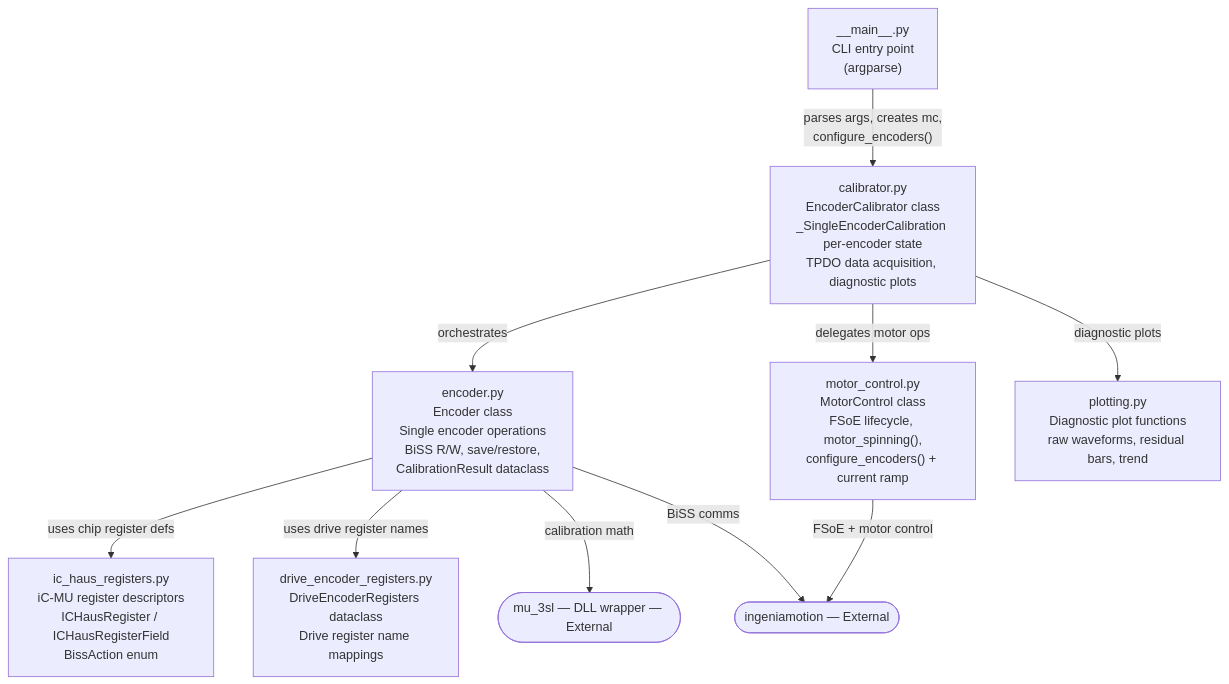
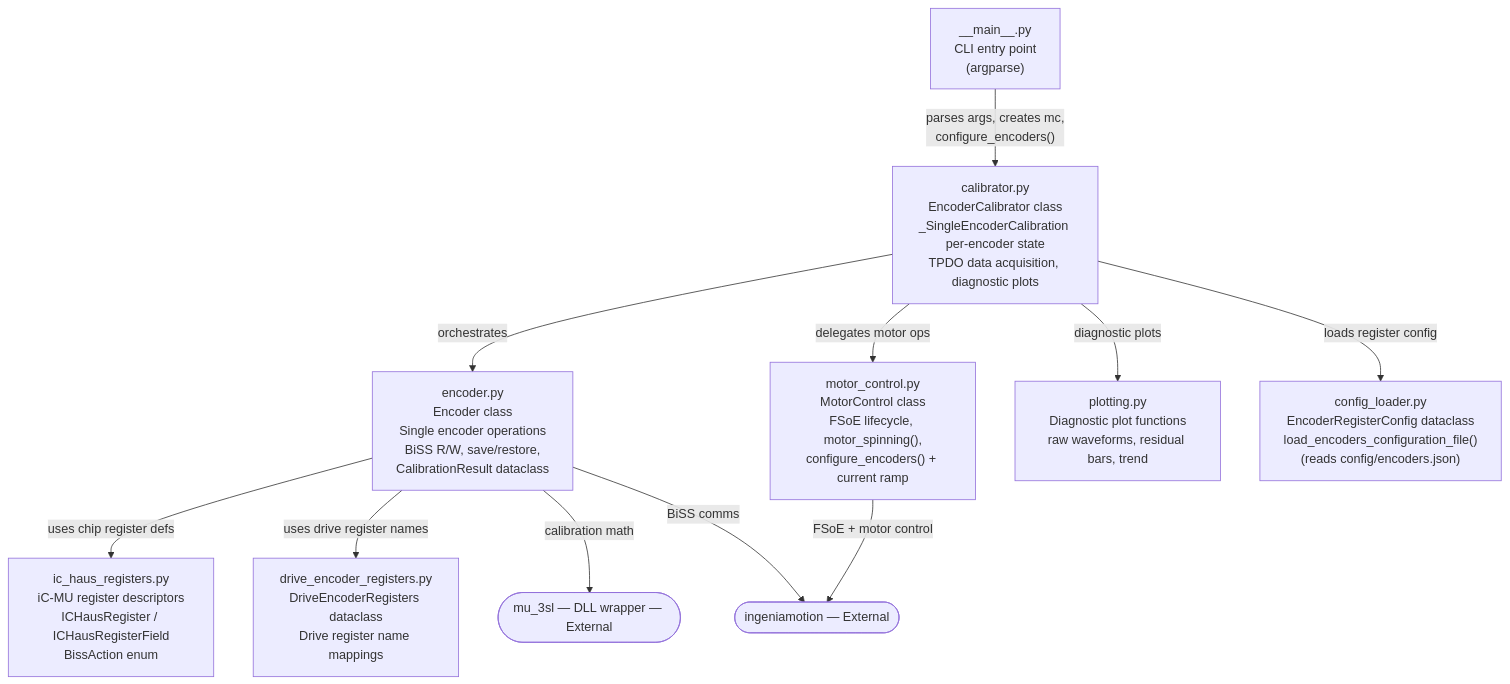
Before and after one commit to ingeniamc/iC-Haus-magnetic-encoder-calibration: the first of 3 diagrams in architecture.md, drawn with Mermaid. The commit also changed other lines of this file and 1 other file, not shown here.

````diff
--- a/architecture.md
+++ b/architecture.md
@@ -165,23 +166,25 @@
 ```mermaid
 flowchart TD
     MAIN["__main__.py<br/>CLI entry point<br/>(argparse)"]
     ICREG["ic_haus_registers.py<br/>iC-MU register descriptors<br/>ICHausRegister / ICHausRegisterField<br/>BissAction enum"]
     DRVREG["drive_encoder_registers.py<br/>DriveEncoderRegisters dataclass<br/>Drive register name mappings"]
+    CFG["config_loader.py<br/>EncoderRegisterConfig dataclass<br/>load_encoders_configuration_file()<br/>(reads config/encoders.json)"]
     ENC["encoder.py<br/>Encoder class<br/>Single encoder operations<br/>BiSS R/W, save/restore,<br/>CalibrationResult dataclass"]
     MOT["motor_control.py<br/>MotorControl class<br/>FSoE lifecycle, motor_spinning(),<br/>configure_encoders() + current ramp"]
     CAL["calibrator.py<br/>EncoderCalibrator class<br/>_SingleEncoderCalibration per-encoder state<br/>TPDO data acquisition, diagnostic plots"]
     PLOT["plotting.py<br/>Diagnostic plot functions<br/>raw waveforms, residual bars, trend"]
 
     MU([mu_3sl — DLL wrapper — External])
     IM([ingeniamotion — External])
 
     MAIN -->|"parses args, creates mc,<br/>configure_encoders()"| CAL
     CAL -->|"orchestrates"| ENC
     CAL -->|"delegates motor ops"| MOT
     CAL -->|"diagnostic plots"| PLOT
+    CAL -->|"loads register config"| CFG
     MOT -->|"FSoE + motor control"| IM
     ENC -->|"uses chip register defs"| ICREG
     ENC -->|"uses drive register names"| DRVREG
     ENC -->|"calibration math"| MU
     ENC -->|"BiSS comms"| IM
 ```
````
